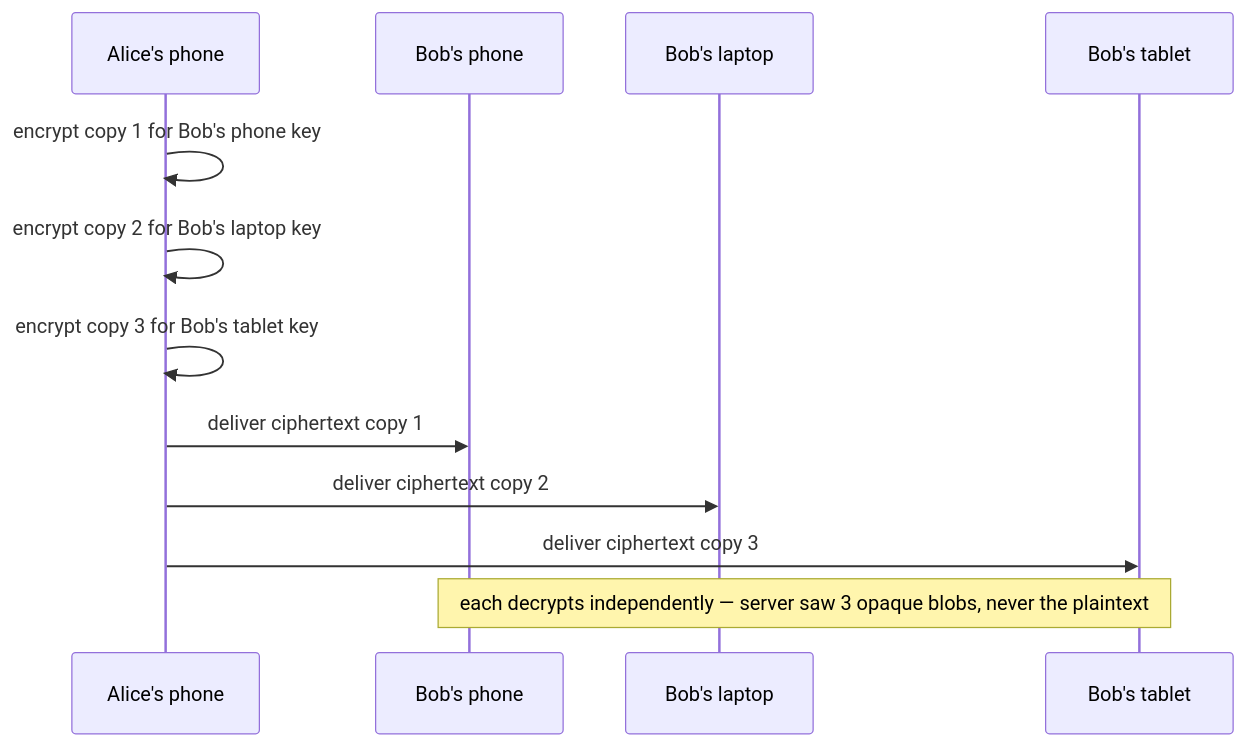
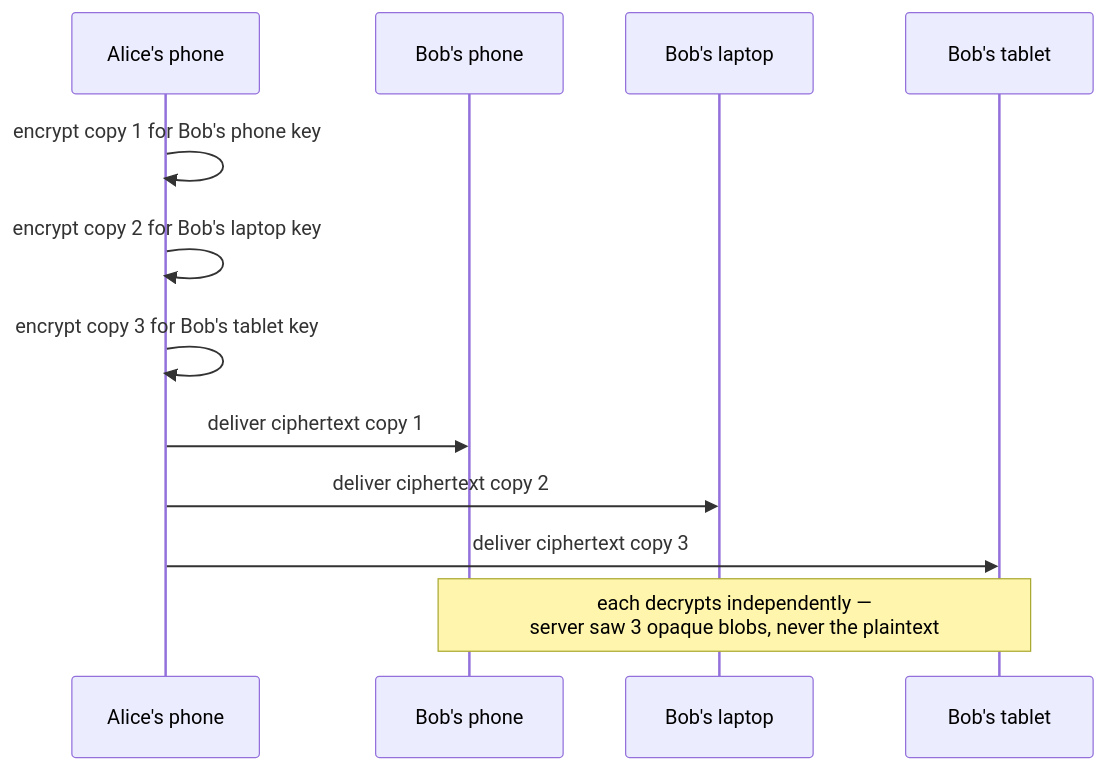
One commit to riyaz-pasha/Learnings changed diagram 16 of 19 in system-design/HLD/0-course/36-WhatsApp-FAANG-Guide-story.md. Above: the diagram before and after it, drawn with Mermaid. The commit also changed other lines of this file and 5 other files, not shown here.

Commit message:
[REWRITE] Design Newsfeed story guide: simplify prose, add structure, fix diagrams

````diff
--- a/system-design/HLD/0-course/36-WhatsApp-FAANG-Guide-story.md
+++ b/system-design/HLD/0-course/36-WhatsApp-FAANG-Guide-story.md
@@ -382,15 +758,15 @@
 ```mermaid
 sequenceDiagram
     participant A as Alice's phone
     participant B1 as Bob's phone
     participant B2 as Bob's laptop
     participant B3 as Bob's tablet
 
     A->>A: encrypt copy 1 for Bob's phone key
     A->>A: encrypt copy 2 for Bob's laptop key
     A->>A: encrypt copy 3 for Bob's tablet key
     A->>B1: deliver ciphertext copy 1
     A->>B2: deliver ciphertext copy 2
     A->>B3: deliver ciphertext copy 3
-    Note over B1,B3: each decrypts independently — server saw 3 opaque blobs, never the plaintext
+    Note over B1,B3: each decrypts independently —<br/>server saw 3 opaque blobs, never the plaintext
 ```
````
